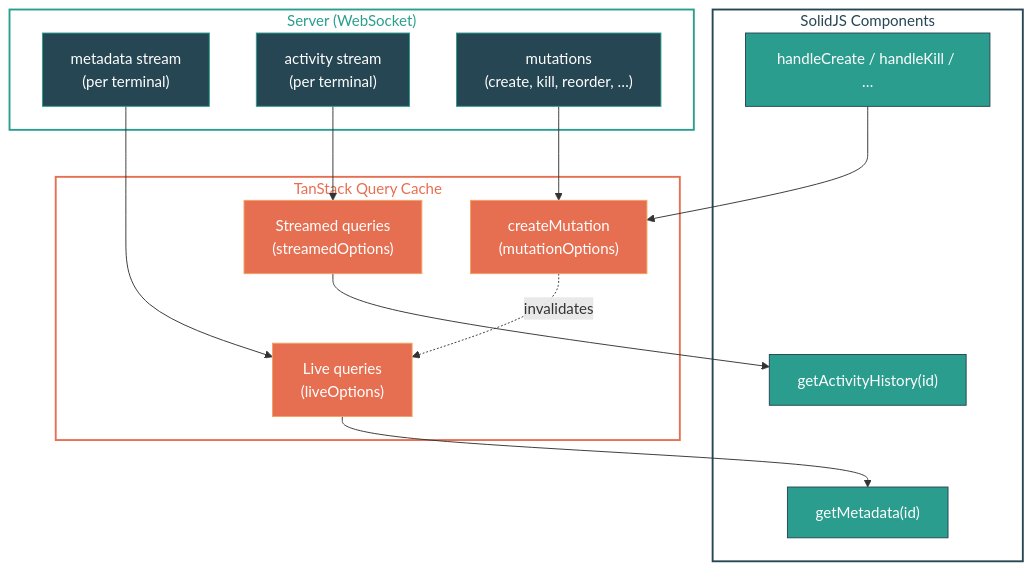
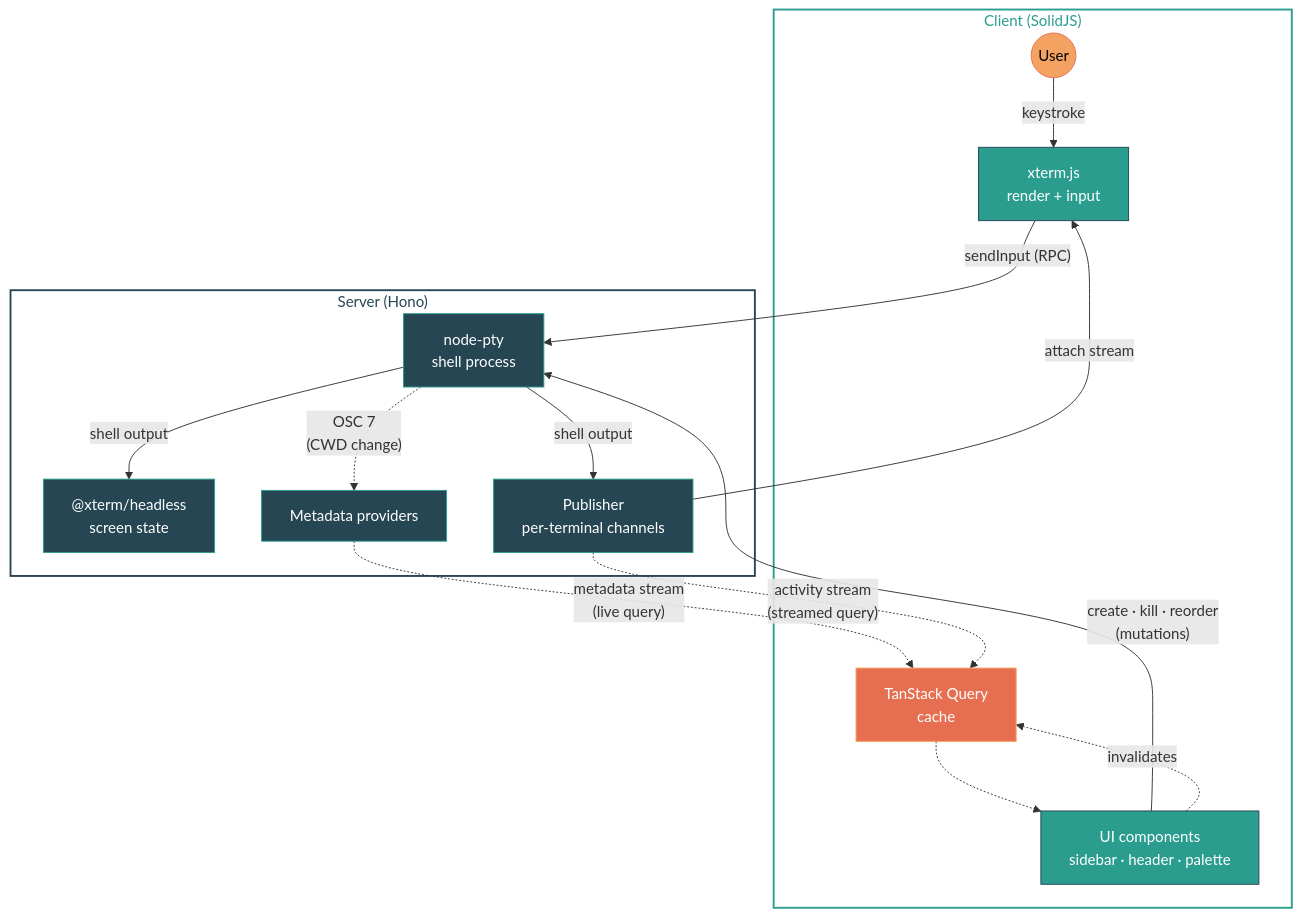
Before and after one commit to juspay/kolu: the diagram in README.md, drawn with Mermaid. The commit also changed other lines of this file, not shown here.

Commit message:
docs: replace separate diagrams with unified end-to-end data flow

````diff
--- a/README.md
+++ b/README.md
@@ -126,36 +99,41 @@
 ```mermaid
 flowchart TB
-  subgraph Server["Server (WebSocket)"]
-    Meta["metadata stream\n(per terminal)"]:::server
-    Activity["activity stream\n(per terminal)"]:::server
-    Mutations["mutations\n(create, kill, reorder, …)"]:::server
+  subgraph Client["Client (SolidJS)"]
+    User((User)):::user
+    Xterm["xterm.js\nrender + input"]:::client
+    TQ["TanStack Query\ncache"]:::cache
+    UI["UI components\nsidebar · header · palette"]:::client
   end
 
-  subgraph TanStack["TanStack Query Cache"]
-    Live["Live queries\n(liveOptions)"]:::cache
-    Streamed["Streamed queries\n(streamedOptions)"]:::cache
-    Mut["createMutation\n(mutationOptions)"]:::cache
+  subgraph Server["Server (Hono)"]
+    PTY["node-pty\nshell process"]:::server
+    Headless["@xterm/headless\nscreen state"]:::server
+    Pub["Publisher\nper-terminal channels"]:::server
+    Providers["Metadata providers"]:::server
   end
 
-  subgraph Components["SolidJS Components"]
-    GMeta["getMetadata(id)"]:::component
-    GActivity["getActivityHistory(id)"]:::component
-    CRUD["handleCreate / handleKill / …"]:::component
-  end
+  %% Terminal I/O loop
+  User -->|"keystroke"| Xterm
+  Xterm -->|"sendInput (RPC)"| PTY
+  PTY -->|"shell output"| Headless
+  PTY -->|"shell output"| Pub
+  Pub -->|"attach stream"| Xterm
 
-  Meta --> Live
-  Activity --> Streamed
-  Mutations --> Mut
-  Live --> GMeta
-  Streamed --> GActivity
-  Mut -.->|invalidates| Live
-  CRUD --> Mut
+  %% Metadata loop
+  PTY -.->|"OSC 7\n(CWD change)"| Providers
+  Providers -.->|"metadata stream\n(live query)"| TQ
+  Pub -.->|"activity stream\n(streamed query)"| TQ
+  TQ -.-> UI
 
+  %% User actions
+  UI -->|"create · kill · reorder\n(mutations)"| PTY
+  UI -.->|"invalidates"| TQ
+
+  classDef user fill:#f4a261,stroke:#e76f51,color:#000
+  classDef client fill:#2a9d8f,stroke:#264653,color:#fff
+  classDef cache fill:#e76f51,stroke:#f4a261,color:#fff
   classDef server fill:#264653,stroke:#2a9d8f,color:#fff
-  classDef cache fill:#e76f51,stroke:#f4a261,color:#fff
-  classDef component fill:#2a9d8f,stroke:#264653,color:#fff
 
-  style Server fill:none,stroke:#2a9d8f,stroke-width:2px,color:#2a9d8f
-  style TanStack fill:none,stroke:#e76f51,stroke-width:2px,color:#e76f51
-  style Components fill:none,stroke:#264653,stroke-width:2px,color:#264653
+  style Client fill:none,stroke:#2a9d8f,stroke-width:2px,color:#2a9d8f
+  style Server fill:none,stroke:#264653,stroke-width:2px,color:#264653
 ```
````
